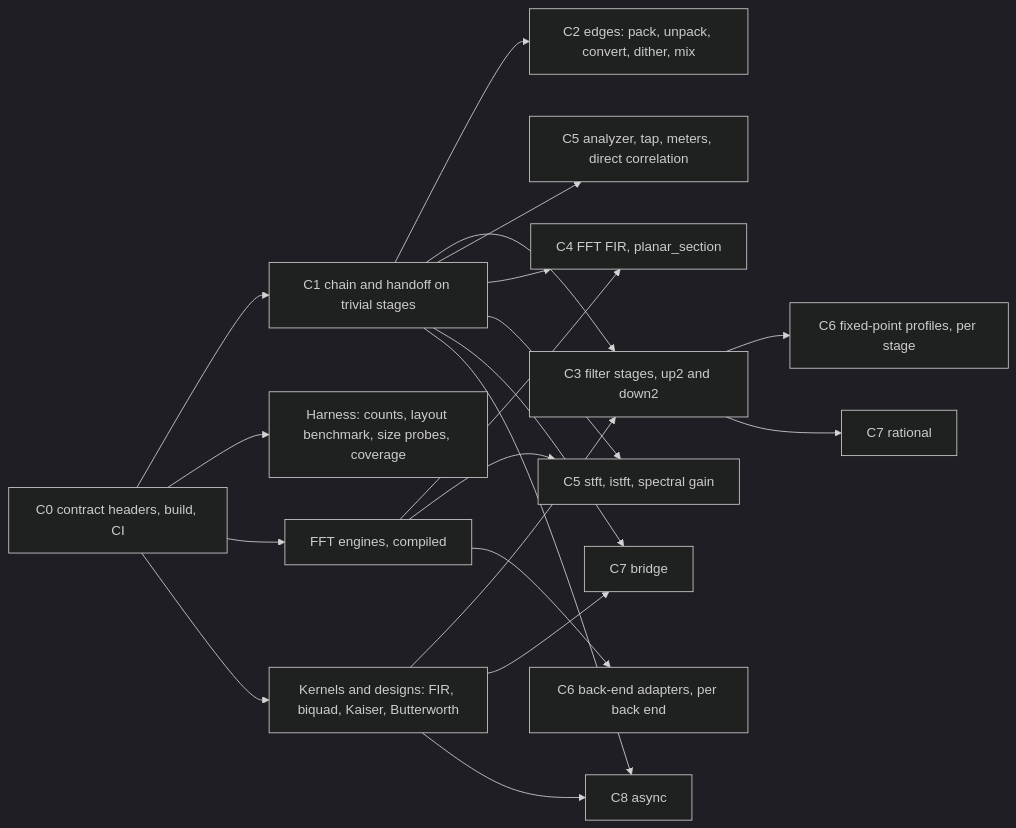
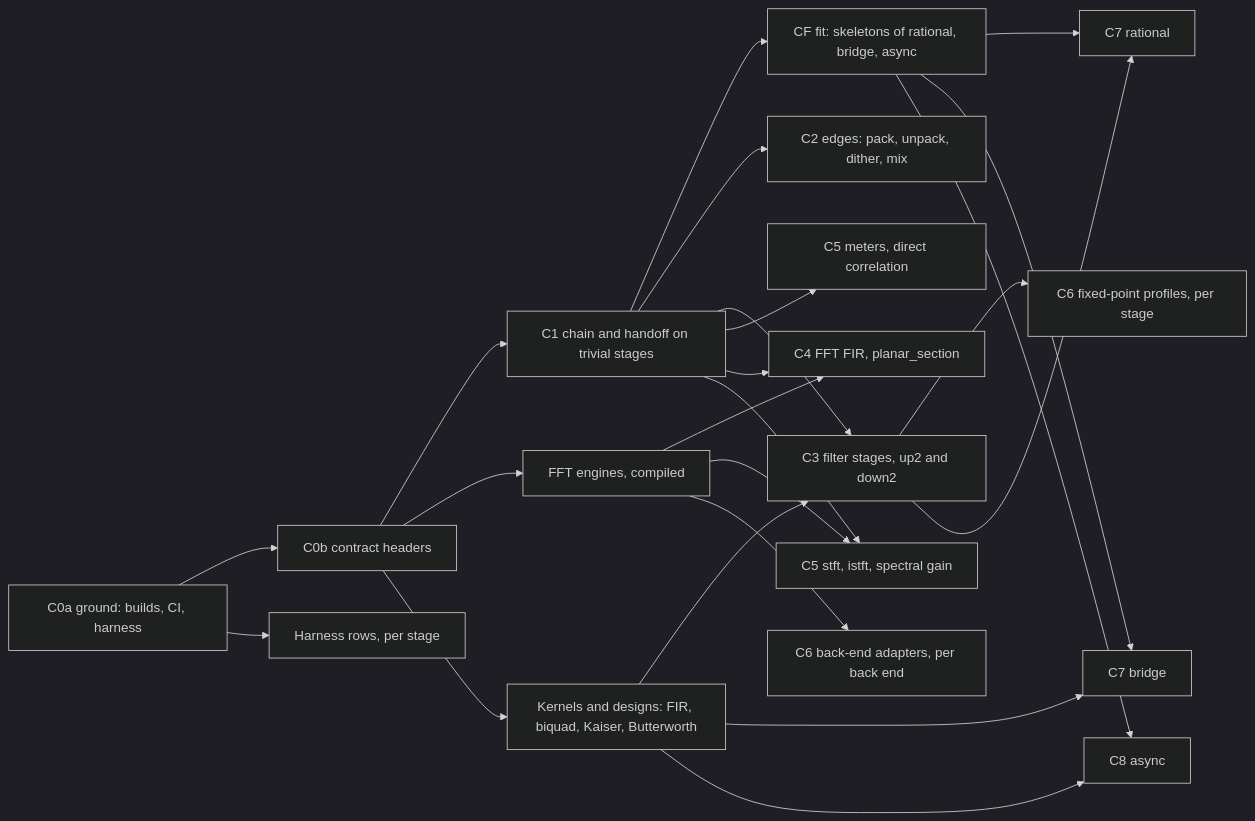
One commit to tap/catenae changed the diagram in PLAN.md. Above: the diagram before and after it, drawn with Mermaid (dark theme). The commit also changed other lines of this file, not shown here.

````diff
--- a/PLAN.md
+++ b/PLAN.md
@@ -728,22 +902,25 @@
 ```mermaid
 graph LR
-    C0[C0 contract headers, build, CI] --> C1[C1 chain and handoff on trivial stages]
-    C0 --> H[Harness: counts, layout benchmark, size probes, coverage]
-    C0 --> F[FFT engines, compiled]
-    C0 --> K[Kernels and designs: FIR, biquad, Kaiser, Butterworth]
-    C1 --> E[C2 edges: pack, unpack, convert, dither, mix]
+    C0a[C0a ground: builds, CI, harness] --> C0b[C0b contract headers]
+    C0b --> C1[C1 chain and handoff on trivial stages]
+    C0a --> H[Harness rows, per stage]
+    C0b --> F[FFT engines, compiled]
+    C0b --> K[Kernels and designs: FIR, biquad, Kaiser, Butterworth]
+    C1 --> CF[CF fit: skeletons of rational, bridge, async]
+    C1 --> E[C2 edges: pack, unpack, dither, mix]
     C1 --> S[C3 filter stages, up2 and down2]
     K --> S
-    C1 --> A[C5 analyzer, tap, meters, direct correlation]
+    C1 --> A[C5 meters, direct correlation]
     F --> B[C4 FFT FIR, planar_section]
     C1 --> B
     F --> T[C5 stft, istft, spectral gain]
     C1 --> T
     S --> Q[C6 fixed-point profiles, per stage]
     F --> X[C6 back-end adapters, per back end]
-    S --> R[C7 rational]
-    C1 --> BR[C7 bridge]
+    CF --> R[C7 rational]
+    S --> R
+    CF --> BR[C7 bridge]
     K --> BR
-    C1 --> AS[C8 async]
+    CF --> AS[C8 async]
     K --> AS
 ```
````
